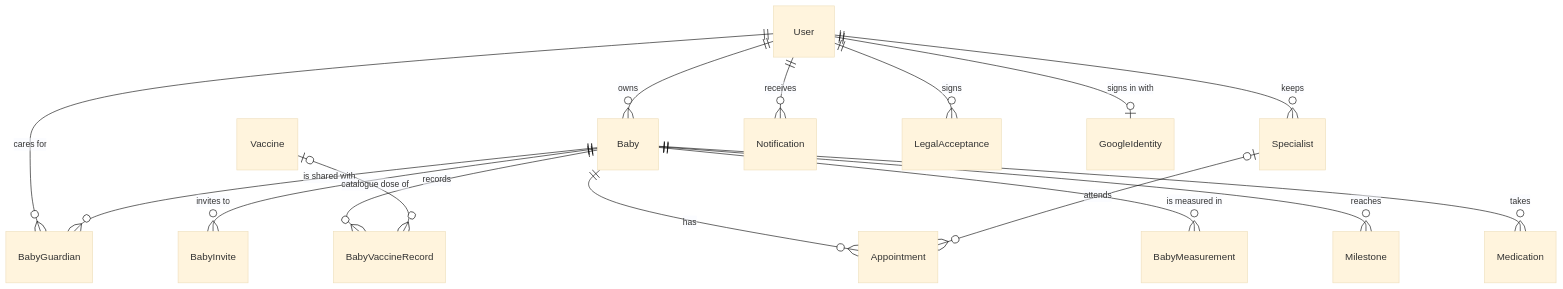
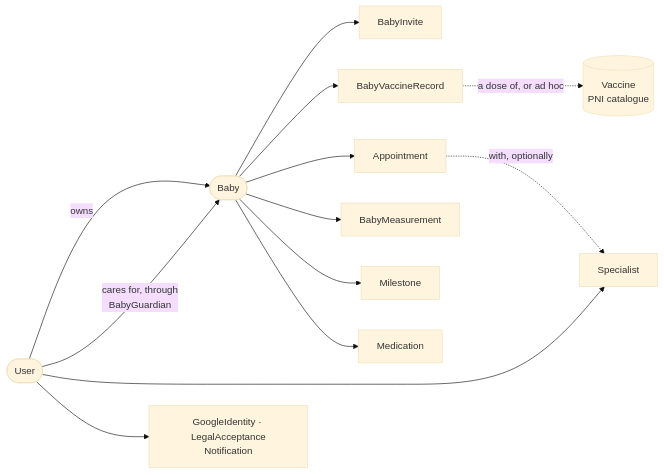
One commit to samuelcsantana/cygnus-api changed the second of 2 diagrams in README.md. Above: the diagram before and after it, drawn with Mermaid (base theme). The commit also changed other lines of this file, not shown here.

First line of the commit message:
docs(readme): redraw the diagrams to read at README width

````diff
--- a/README.md
+++ b/README.md
@@ -120,18 +105,17 @@
 ```mermaid
-erDiagram
-  User ||--o{ Baby : owns
-  User ||--o{ BabyGuardian : "cares for"
-  Baby ||--o{ BabyGuardian : "is shared with"
-  Baby ||--o{ BabyInvite : "invites to"
-  Baby ||--o{ BabyVaccineRecord : records
-  Vaccine |o--o{ BabyVaccineRecord : "catalogue dose of"
-  Baby ||--o{ Appointment : has
-  Specialist |o--o{ Appointment : attends
-  User ||--o{ Specialist : keeps
-  Baby ||--o{ BabyMeasurement : "is measured in"
-  Baby ||--o{ Milestone : reaches
-  Baby ||--o{ Medication : takes
-  User ||--o{ Notification : receives
-  User ||--o{ LegalAcceptance : signs
-  User ||--o| GoogleIdentity : "signs in with"
+flowchart LR
+  User(["User"])
+  Baby(["Baby"])
+  User -- "owns" --> Baby
+  User -- "cares for, through<br/>BabyGuardian" --> Baby
+  User --> Specialist["Specialist"]
+  User --> Account["GoogleIdentity · LegalAcceptance<br/>Notification"]
+  Baby --> Invite["BabyInvite"]
+  Baby --> Record["BabyVaccineRecord"]
+  Record -. "a dose of, or ad hoc" .-> Vaccine[("Vaccine<br/>PNI catalogue")]
+  Baby --> Appointment["Appointment"]
+  Appointment -. "with, optionally" .-> Specialist
+  Baby --> Measurement["BabyMeasurement"]
+  Baby --> Milestone["Milestone"]
+  Baby --> Medication["Medication"]
 ```
````
